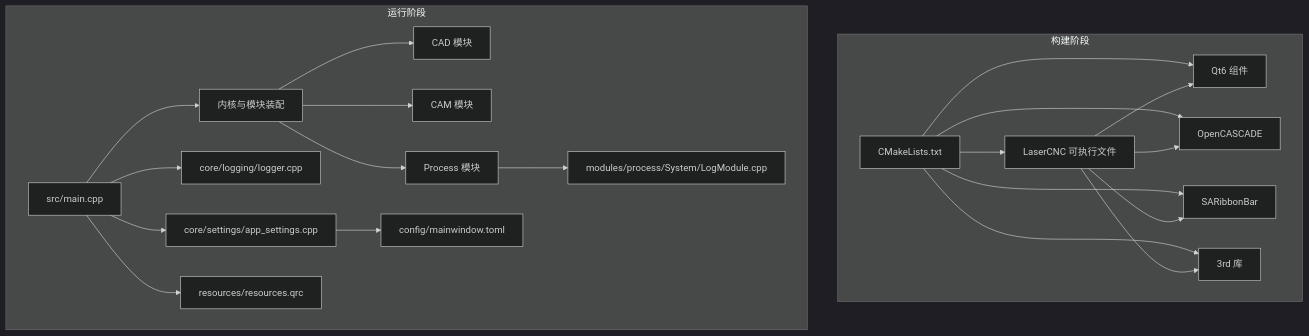
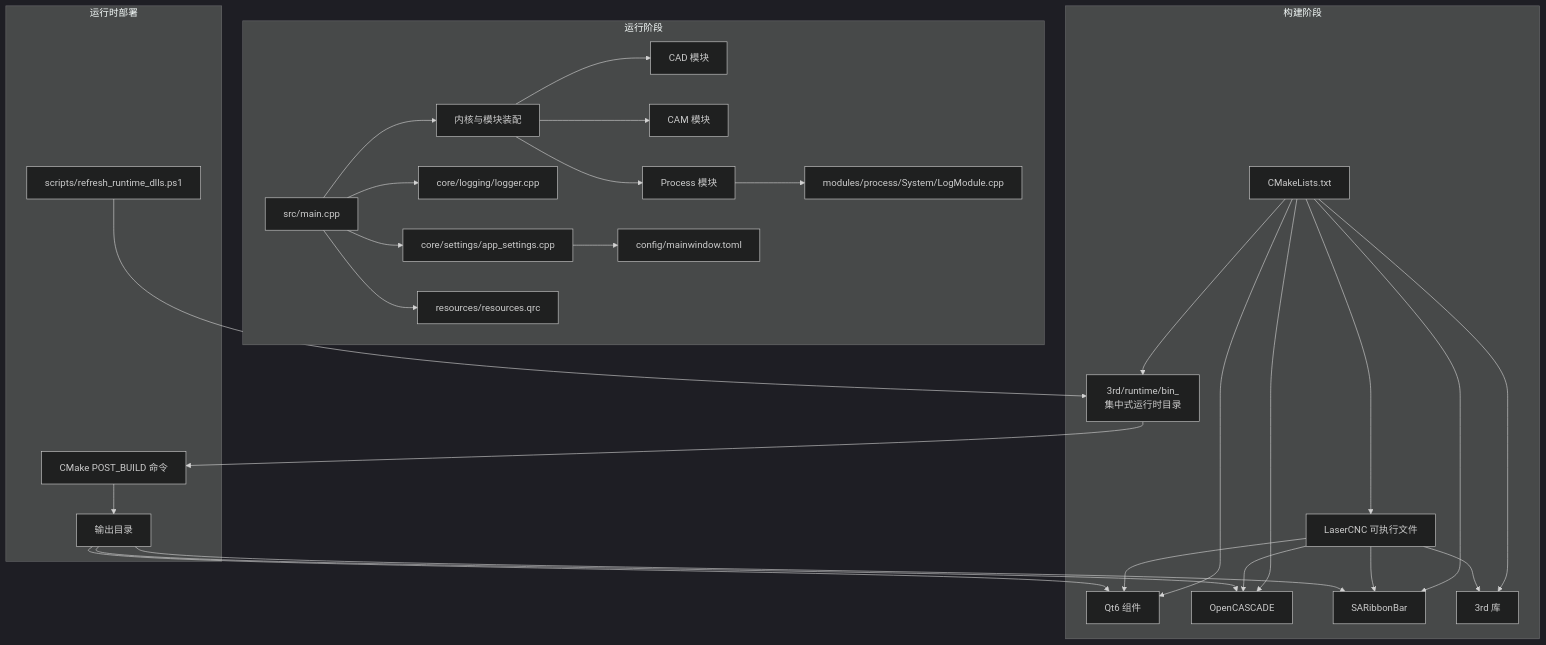
Before and after one commit to super1wang/LaserCNCv1.0: the second of 7 diagrams in .qoder/repowiki/zh/content/部署运维/部署运维.md, drawn with Mermaid (dark theme). The commit also changed other lines of this file and 23 other files, not shown here.

````diff
--- a/.qoder/repowiki/zh/content/部署运维/部署运维.md
+++ b/.qoder/repowiki/zh/content/部署运维/部署运维.md
@@ -85,25 +98,34 @@
 ```mermaid
 graph TB
 subgraph "构建阶段"
 CMake["CMakeLists.txt"] --> Bin["LaserCNC 可执行文件"]
 CMake --> Qt["Qt6 组件"]
 CMake --> OCC["OpenCASCADE"]
 CMake --> SRib["SARibbonBar"]
 CMake --> Deps["3rd 库"]
+CMake --> Runtime["3rd/runtime/bin_<config><br/>集中式运行时目录"]
 end
 subgraph "运行阶段"
 Main["src/main.cpp"] --> Kern["内核与模块装配"]
 Kern --> CAD["CAD 模块"]
 Kern --> CAM["CAM 模块"]
 Kern --> PROC["Process 模块"]
 Main --> LogCore["core/logging/logger.cpp"]
 PROC --> LogProc["modules/process/System/LogModule.cpp"]
 Main --> Settings["core/settings/app_settings.cpp"]
 Settings --> Cfg["config/mainwindow.toml"]
 Main --> Res["resources/resources.qrc"]
 end
+subgraph "运行时部署"
+Script["scripts/refresh_runtime_dlls.ps1"] --> Runtime
+Runtime --> PostBuild["CMake POST_BUILD 命令"]
+PostBuild --> Output["输出目录"]
+end
 Bin --> Qt
 Bin --> OCC
 Bin --> SRib
 Bin --> Deps
+Output --> Qt
+Output --> OCC
+Output --> SRib
 ```
````
